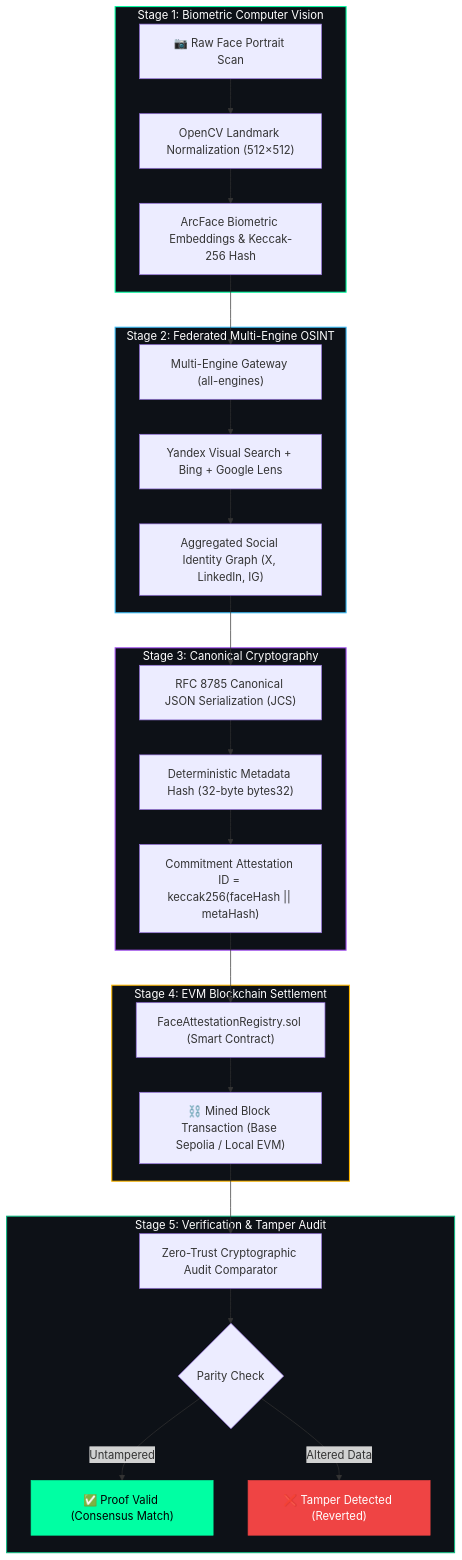
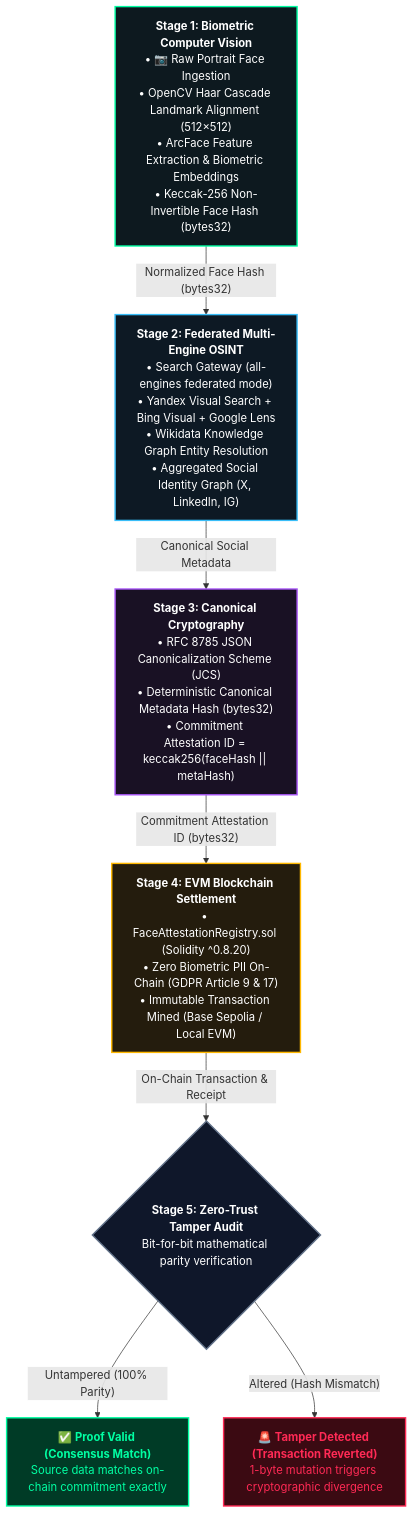
One commit to NEXUS-888/Darpan changed the diagram in README.md. Above: the diagram before and after it, drawn with Mermaid.

Commit message:
fix(docs): eliminate subgraph boundary collision and text truncation in architecture flowchart

````diff
--- a/README.md
+++ b/README.md
@@ -36,44 +36,30 @@
 ```mermaid
 flowchart TD
-    subgraph S1["Stage 1: Biometric Computer Vision"]
-        A["📷 Raw Face Portrait Scan"] --> B["OpenCV Landmark Normalization (512×512)"]
-        B --> C["ArcFace Biometric Embeddings & Keccak-256 Hash"]
-    end
+    S1["<b>Stage 1: Biometric Computer Vision</b><br/>• 📷 Raw Portrait Face Ingestion<br/>• OpenCV Haar Cascade Landmark Alignment (512×512)<br/>• ArcFace Feature Extraction & Biometric Embeddings<br/>• Keccak-256 Non-Invertible Face Hash (bytes32)"]
+    
+    S2["<b>Stage 2: Federated Multi-Engine OSINT</b><br/>• Search Gateway (all-engines federated mode)<br/>• Yandex Visual Search + Bing Visual + Google Lens<br/>• Wikidata Knowledge Graph Entity Resolution<br/>• Aggregated Social Identity Graph (X, LinkedIn, IG)"]
+    
+    S3["<b>Stage 3: Canonical Cryptography</b><br/>• RFC 8785 JSON Canonicalization Scheme (JCS)<br/>• Deterministic Canonical Metadata Hash (bytes32)<br/>• Commitment Attestation ID = keccak256(faceHash || metaHash)"]
+    
+    S4["<b>Stage 4: EVM Blockchain Settlement</b><br/>• FaceAttestationRegistry.sol (Solidity ^0.8.20)<br/>• Zero Biometric PII On-Chain (GDPR Article 9 & 17)<br/>• Immutable Transaction Mined (Base Sepolia / Local EVM)"]
+    
+    S5{"<b>Stage 5: Zero-Trust Tamper Audit</b><br/>Bit-for-bit mathematical parity verification"}
+    
+    PASS["✅ <b>Proof Valid (Consensus Match)</b><br/>Source data matches on-chain commitment exactly"]
+    FAIL["🚨 <b>Tamper Detected (Transaction Reverted)</b><br/>1-byte mutation triggers cryptographic divergence"]
 
-    subgraph S2["Stage 2: Federated Multi-Engine OSINT"]
-        D["Multi-Engine Gateway (all-engines)"]
-        D --> E["Yandex Visual Search + Bing + Google Lens"]
-        E --> F["Aggregated Social Identity Graph (X, LinkedIn, IG)"]
-    end
+    S1 -->|"Normalized Face Hash (bytes32)"| S2
+    S2 -->|"Canonical Social Metadata"| S3
+    S3 -->|"Commitment Attestation ID (bytes32)"| S4
+    S4 -->|"On-Chain Transaction & Receipt"| S5
+    S5 -->|"Untampered (100% Parity)"| PASS
+    S5 -->|"Altered (Hash Mismatch)"| FAIL
 
-    subgraph S3["Stage 3: Canonical Cryptography"]
-        G["RFC 8785 Canonical JSON Serialization (JCS)"]
-        G --> H["Deterministic Metadata Hash (32-byte bytes32)"]
-        H --> I["Commitment Attestation ID = keccak256(faceHash || metaHash)"]
-    end
-
-    subgraph S4["Stage 4: EVM Blockchain Settlement"]
-        J["FaceAttestationRegistry.sol (Smart Contract)"]
-        J --> K["⛓️ Mined Block Transaction (Base Sepolia / Local EVM)"]
-    end
-
-    subgraph S5["Stage 5: Verification & Tamper Audit"]
-        L["Zero-Trust Cryptographic Audit Comparator"]
-        L --> M{"Parity Check"}
-        M -->|Untampered| N["✅ Proof Valid (Consensus Match)"]
-        M -->|Altered Data| O["❌ Tamper Detected (Reverted)"]
-    end
-
-    C --> D
-    F --> G
-    I --> J
-    K --> L
-
-    style S1 fill:#0D1117,stroke:#00FFA3,stroke-width:1.5px,color:#fff
-    style S2 fill:#0D1117,stroke:#38BDF8,stroke-width:1.5px,color:#fff
-    style S3 fill:#0D1117,stroke:#A855F7,stroke-width:1.5px,color:#fff
-    style S4 fill:#0D1117,stroke:#FFB800,stroke-width:1.5px,color:#fff
-    style S5 fill:#0D1117,stroke:#10B981,stroke-width:1.5px,color:#fff
-    style N fill:#00FFA3,stroke:#00FFA3,color:#000
-    style O fill:#EF4444,stroke:#EF4444,color:#fff
+    style S1 fill:#0D191F,stroke:#00FFA3,stroke-width:2px,color:#fff;
+    style S2 fill:#0D1924,stroke:#38BDF8,stroke-width:2px,color:#fff;
+    style S3 fill:#191124,stroke:#A855F7,stroke-width:2px,color:#fff;
+    style S4 fill:#241C0D,stroke:#FFB800,stroke-width:2px,color:#fff;
+    style S5 fill:#0F172A,stroke:#64748B,stroke-width:2px,color:#fff;
+    style PASS fill:#003B26,stroke:#00FFA3,stroke-width:2px,color:#00FFA3;
+    style FAIL fill:#3B0A12,stroke:#FF2A55,stroke-width:2px,color:#FF2A55;
 ```
````
